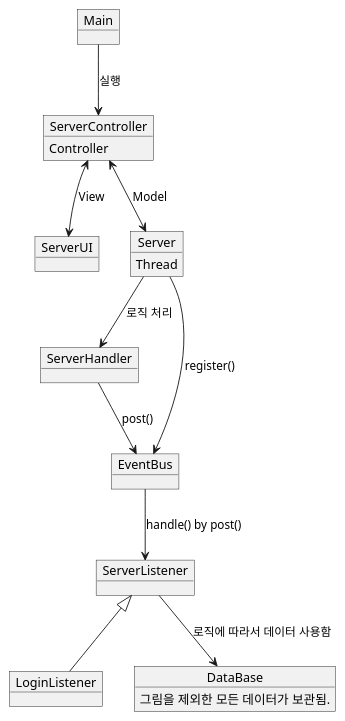
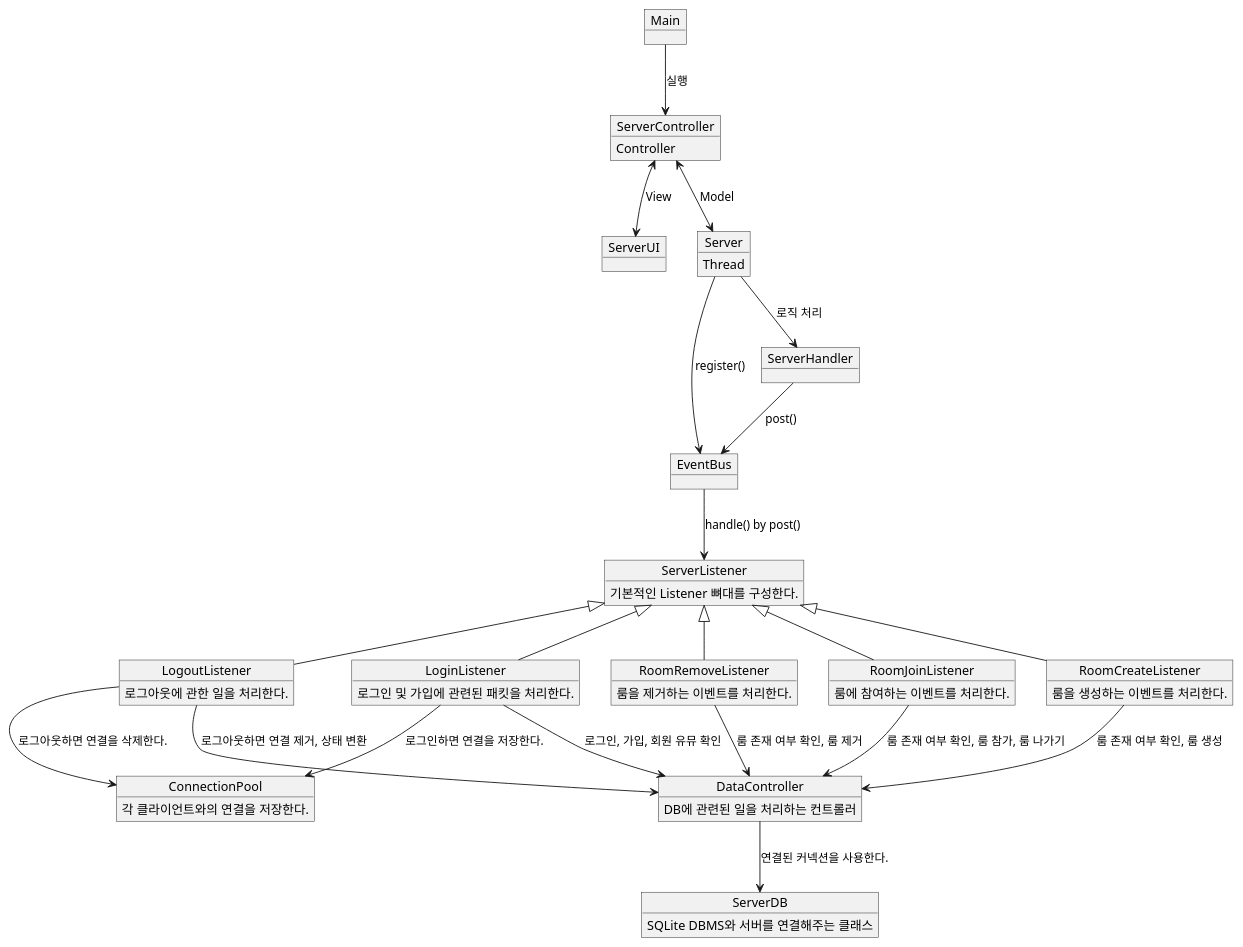
Before and after one commit to rlaehd62/Telestration: the diagram in Server/설계/서버 프로그램.puml, drawn with PlantUML. The commit also changed 12 other files, not shown here.

Commit message:
Updated DB And DataController

```diff
--- a/Server/설계/서버 프로그램.puml
+++ b/Server/설계/서버 프로그램.puml
@@ -1,26 +1,52 @@
 @startuml
 object Main
 object ServerController
 ServerController : Controller
 
 object ServerUI
 object Server
 Server : Thread
 
 object ServerHandler
 object ServerListener
 object LoginListener
+object LogoutListener
+object RoomCreateListener
+object RoomRemoveListener
+object RoomJoinListener
 object EventBus
-object DataBase
-DataBase : 그림을 제외한 모든 데이터가 보관됨.
+object ServerDB
+object DataController
+object ConnectionPool
+
+ConnectionPool : 각 클라이언트와의 연결을 저장한다.
+ServerListener : 기본적인 Listener 뼈대를 구성한다.
+LoginListener : 로그인 및 가입에 관련된 패킷을 처리한다.
+RoomCreateListener : 룸을 생성하는 이벤트를 처리한다.
+RoomRemoveListener : 룸을 제거하는 이벤트를 처리한다.
+RoomJoinListener : 룸에 참여하는 이벤트를 처리한다.
+ServerDB : SQLite DBMS와 서버를 연결해주는 클래스
+DataController : DB에 관련된 일을 처리하는 컨트롤러
+LogoutListener : 로그아웃에 관한 일을 처리한다.
 
 Main --> ServerController : 실행
 ServerController <--> ServerUI : View
 ServerController <--> Server : Model
 Server --> ServerHandler : 로직 처리
 Server --> EventBus : register()
 ServerHandler --> EventBus : post()
 EventBus --> ServerListener : handle() by post()
-ServerListener --> DataBase : 로직에 따라서 데이터 사용함
+LoginListener --> DataController : 로그인, 가입, 회원 유뮤 확인
+LoginListener --> ConnectionPool : 로그인하면 연결을 저장한다.
+LogoutListener --> ConnectionPool : 로그아웃하면 연결을 삭제한다.
+RoomCreateListener --> DataController : 룸 존재 여부 확인, 룸 생성
+RoomJoinListener --> DataController : 룸 존재 여부 확인, 룸 참가, 룸 나가기
+RoomRemoveListener --> DataController : 룸 존재 여부 확인, 룸 제거
+LogoutListener --> DataController : 로그아웃하면 연결 제거, 상태 변환
+DataController --> ServerDB : 연결된 커넥션을 사용한다.
 ServerListener <|-- LoginListener
+ServerListener <|-- LogoutListener
+ServerListener <|-- RoomCreateListener
+ServerListener <|-- RoomJoinListener
+ServerListener <|-- RoomRemoveListener
 @enduml
```
